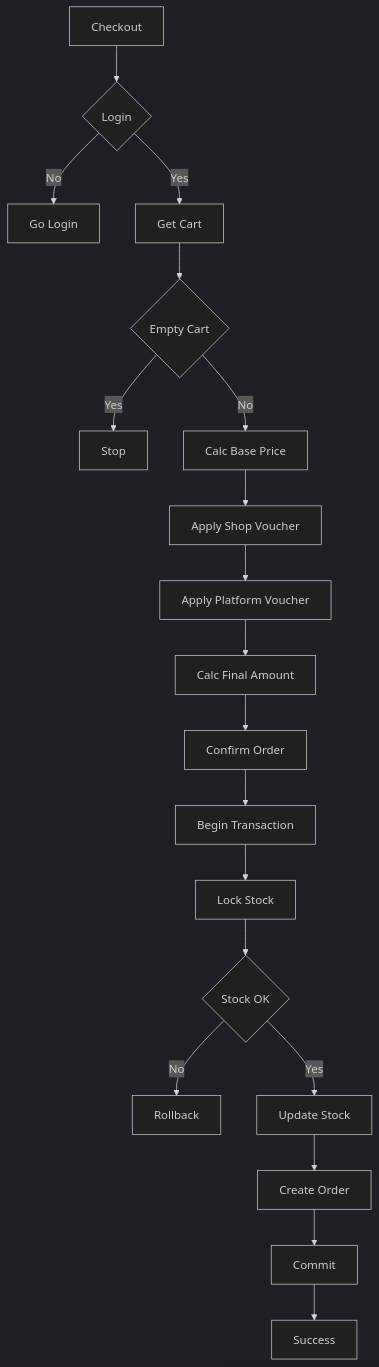
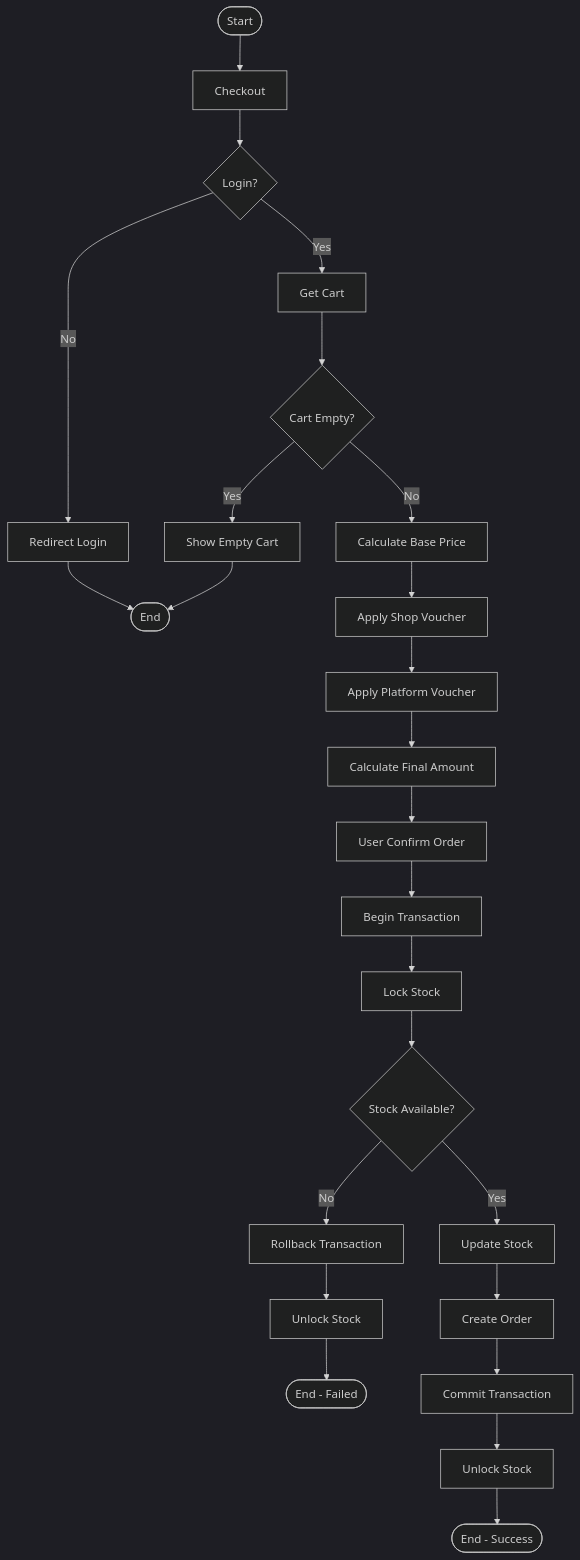
Before and after one commit to LeTranQuocDung/Group-6: the first of 3 diagrams in docs/analysis/checkout_voucher.md, drawn with Mermaid (dark theme). The commit also changed other lines of this file, not shown here.

````diff
--- a/docs/analysis/checkout_voucher.md
+++ b/docs/analysis/checkout_voucher.md
@@ -5,28 +4,27 @@
 ```mermaid
 graph TD
-    A[Checkout] --> B{Login}
-    B -->|No| B1[Go Login]
+    S([Start]) --> A[Checkout]
+    A --> B{Login?}
+    B -->|No| B1[Redirect Login]
+    B1 --> E0([End])
     B -->|Yes| C[Get Cart]
-
-    C --> D{Empty Cart}
-    D -->|Yes| D1[Stop]
-    D -->|No| E[Calc Base Price]
-
-    
+    C --> D{Cart Empty?}
+    D -->|Yes| D1[Show Empty Cart]
+    D1 --> E0
+    D -->|No| E[Calculate Base Price]
     E --> G[Apply Shop Voucher]
     G --> H[Apply Platform Voucher]
-
-    H --> I[Calc Final Amount]
-    I --> J[Confirm Order]
-
+    H --> I[Calculate Final Amount]
+    I --> J[User Confirm Order]
     J --> K[Begin Transaction]
     K --> L[Lock Stock]
-
-    L --> M{Stock OK}
-    M -->|No| N[Rollback]
+    L --> M{Stock Available?}
+    M -->|No| N[Rollback Transaction]
+    N --> U[Unlock Stock]
+    U --> F1([End - Failed])
     M -->|Yes| O[Update Stock]
-
     O --> P[Create Order]
-    P --> Q[Commit]
-    Q --> R[Success]
+    P --> Q[Commit Transaction]
+    Q --> R[Unlock Stock]
+    R --> F2([End - Success])
 ```
````
